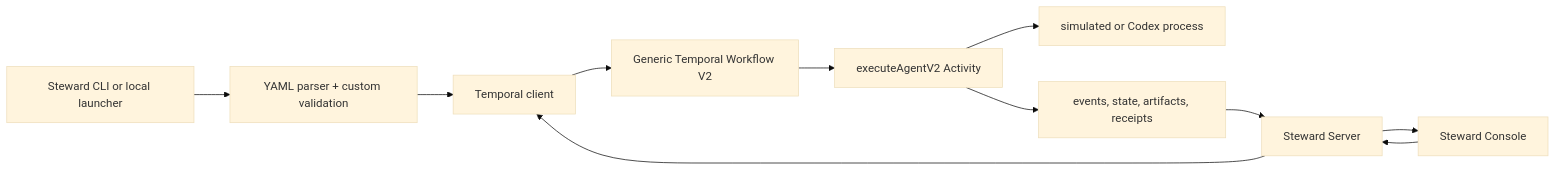
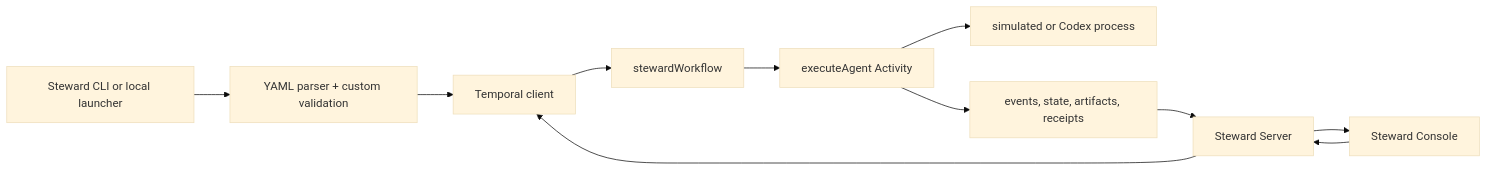
One commit to bharath2020/steward changed the first of 2 diagrams in docs/cli-architecture-and-product-spec.md. Above: the diagram before and after it, drawn with Mermaid (base theme). The commit also changed other lines of this file and 30 other files, not shown here.

````diff
--- a/docs/cli-architecture-and-product-spec.md
+++ b/docs/cli-architecture-and-product-spec.md
@@ -40,13 +40,13 @@
 ```mermaid
 flowchart LR
   Start["Steward CLI or local launcher"] --> Parser["YAML parser + custom validation"]
   Parser --> Client["Temporal client"]
-  Client --> Workflow["Generic Temporal Workflow V2"]
-  Workflow --> Activity["executeAgentV2 Activity"]
+  Client --> Workflow["stewardWorkflow"]
+  Workflow --> Activity["executeAgent Activity"]
   Activity --> Provider["simulated or Codex process"]
   Activity --> Disk["events, state, artifacts, receipts"]
   Disk --> Server["Steward Server"]
   Server --> Web["Steward Console"]
   Web --> Server
   Server --> Client
 ```
````
